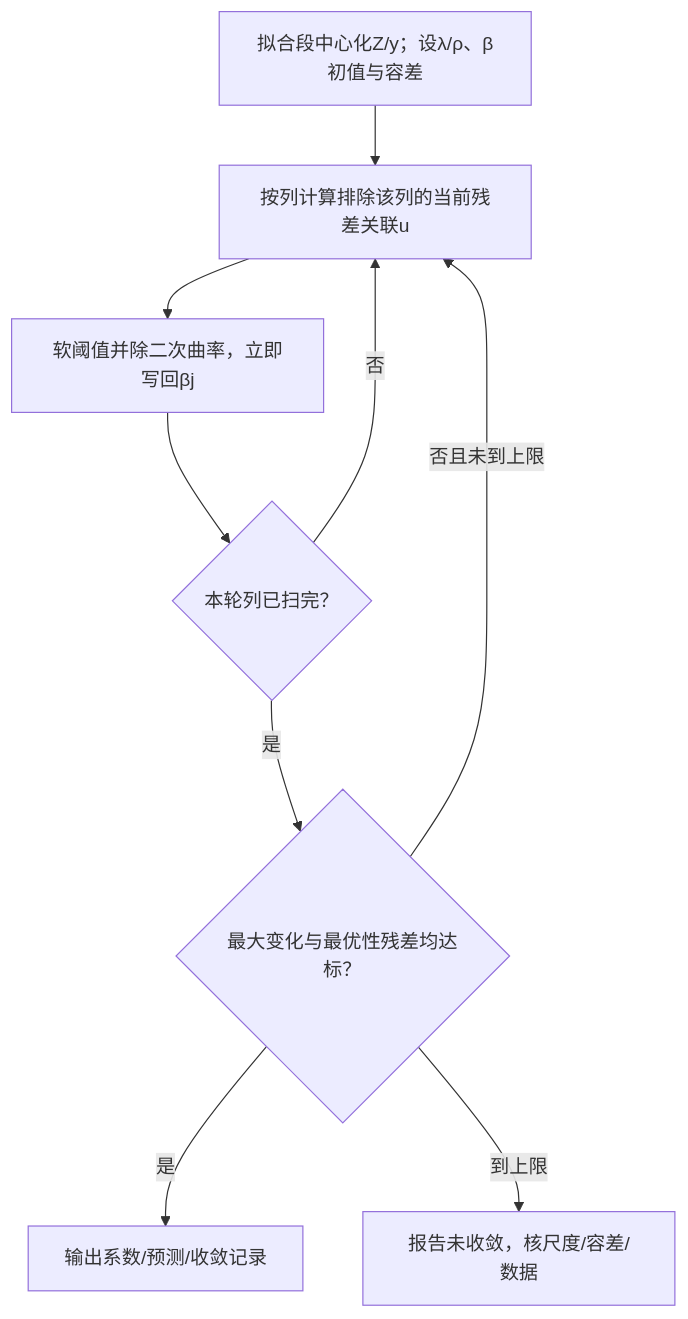
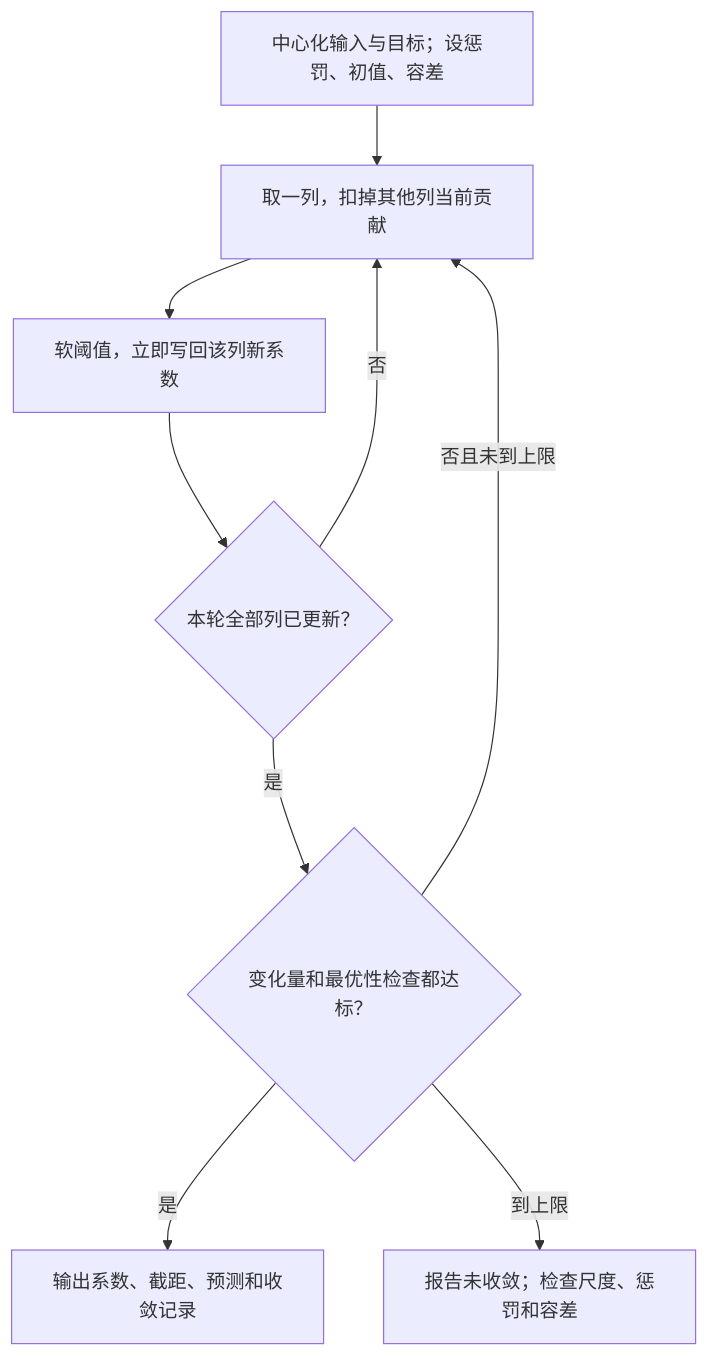
Before and after one commit to CercaTrovato/cityu-ai-course-notes: the second of 7 diagrams in EF5560_Fintech_and_AI_in_Finance/notes/M03-线性机器学习与收益预测.md, drawn with Mermaid. The commit also changed other lines of this file and 450 other files, not shown here.

````diff
--- a/EF5560_Fintech_and_AI_in_Finance/notes/M03-线性机器学习与收益预测.md
+++ b/EF5560_Fintech_and_AI_in_Finance/notes/M03-线性机器学习与收益预测.md
@@ -1068,11 +1035,11 @@
 ```mermaid
 flowchart TD
- A["拟合段中心化Z/y；设λ/ρ、β初值与容差"] --> B["按列计算排除该列的当前残差关联u"]
- B --> C["软阈值并除二次曲率，立即写回βj"]
- C --> D{"本轮列已扫完？"}
+ A["中心化输入与目标；设惩罚、初值、容差"] --> B["取一列，扣掉其他列当前贡献"]
+ B --> C["软阈值，立即写回该列新系数"]
+ C --> D{"本轮全部列已更新？"}
  D -->|否| B
- D -->|是| E{"最大变化与最优性残差均达标？"}
- E -->|是| F["输出系数/预测/收敛记录"]
+ D -->|是| E{"变化量和最优性检查都达标？"}
+ E -->|是| F["输出系数、截距、预测和收敛记录"]
  E -->|否且未到上限| B
- E -->|到上限| G["报告未收敛，核尺度/容差/数据"]
+ E -->|到上限| G["报告未收敛；检查尺度、惩罚和容差"]
 ```
````
